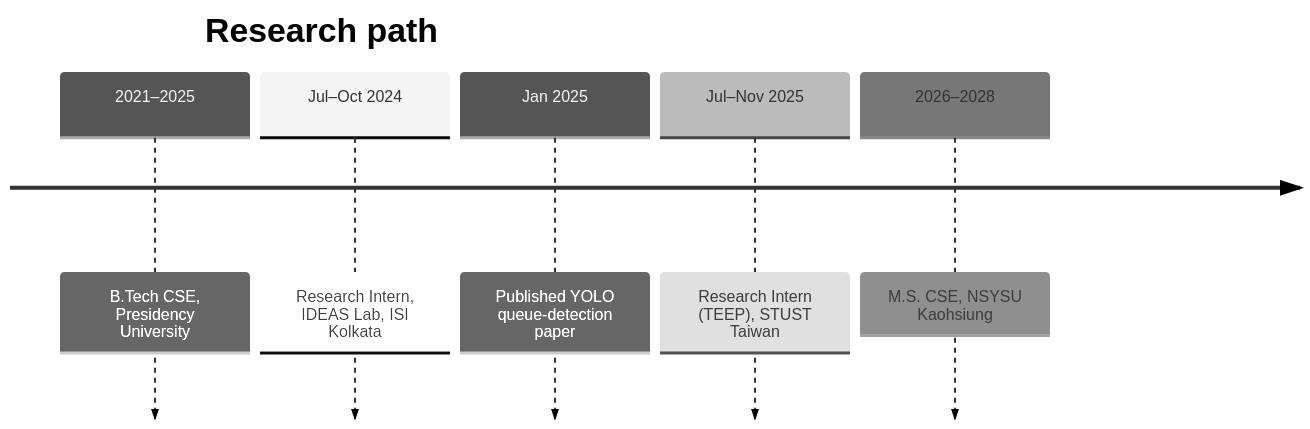
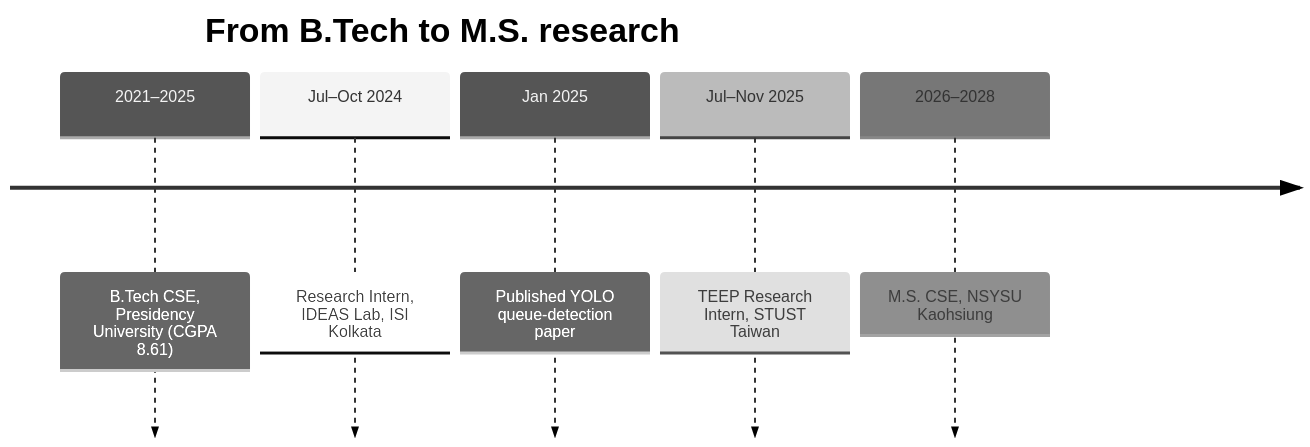
The third of 3 diagrams in README.md (Pra-gg10768/Pra-gg10768), drawn with Mermaid (neutral theme) before and after one commit. The commit also changed other lines of this file and 3 other files, not shown here.

````diff
--- a/README.md
+++ b/README.md
@@ -116,9 +151,9 @@
 ```mermaid
 timeline
-    title Research path
-    2021–2025 : B.Tech CSE, Presidency University
+    title From B.Tech to M.S. research
+    2021–2025 : B.Tech CSE, Presidency University (CGPA 8.61)
     Jul–Oct 2024 : Research Intern, IDEAS Lab, ISI Kolkata
     Jan 2025 : Published YOLO queue-detection paper
-    Jul–Nov 2025 : Research Intern (TEEP), STUST Taiwan
+    Jul–Nov 2025 : TEEP Research Intern, STUST Taiwan
     2026–2028 : M.S. CSE, NSYSU Kaohsiung
 ```
````
